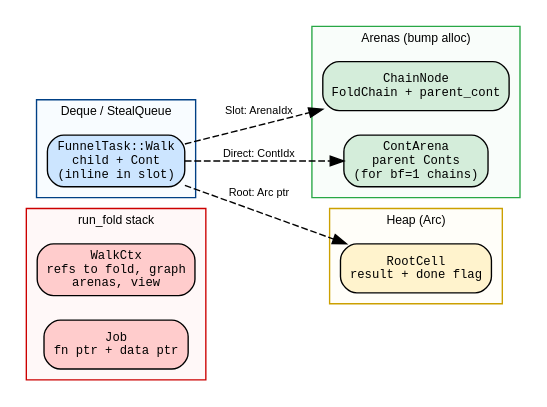
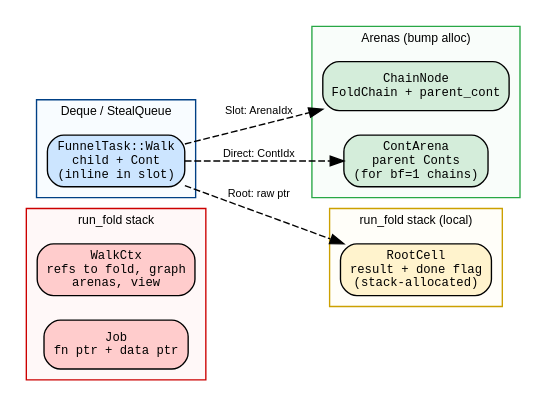
The second of 2 diagrams in book/src/funnel/continuations.md (hylic-recursion/hylic-docs), drawn with Graphviz before and after one commit. The commit also changed other lines of this file and 15 other files, not shown here.

````diff
--- a/book/src/funnel/continuations.md
+++ b/book/src/funnel/continuations.md
@@ -105,37 +112,37 @@
 ```dot process
 digraph {
   rankdir=LR;
   node [shape=box, fontname="monospace", fontsize=9, style="rounded,filled"];
   edge [fontname="sans-serif", fontsize=8];
 
   subgraph cluster_stack {
     label="run_fold stack"; style=filled; fillcolor="#ffcccc22"; color="#cc0000";
     fontname="sans-serif"; fontsize=9;
     wctx [label="WalkCtx\nrefs to fold, graph\narenas, view", fillcolor="#ffcccc"];
     job [label="Job\nfn ptr + data ptr", fillcolor="#ffcccc"];
   }
 
   subgraph cluster_arena {
     label="Arenas (bump alloc)"; style=filled; fillcolor="#d4edda22"; color="#28a745";
     fontname="sans-serif"; fontsize=9;
     cn [label="ChainNode\nFoldChain + parent_cont", fillcolor="#d4edda"];
     ca [label="ContArena\nparent Conts\n(for bf=1 chains)", fillcolor="#d4edda"];
   }
 
   subgraph cluster_deque {
     label="Deque / StealQueue"; style=filled; fillcolor="#cce5ff22"; color="#004085";
     fontname="sans-serif"; fontsize=9;
     task [label="FunnelTask::Walk\nchild + Cont\n(inline in slot)", fillcolor="#cce5ff"];
   }
 
-  subgraph cluster_heap {
-    label="Heap (Arc)"; style=filled; fillcolor="#fff3cd22"; color="#cca000";
+  subgraph cluster_stack2 {
+    label="run_fold stack (local)"; style=filled; fillcolor="#fff3cd22"; color="#cca000";
     fontname="sans-serif"; fontsize=9;
-    root [label="RootCell\nresult + done flag", fillcolor="#fff3cd"];
+    root [label="RootCell\nresult + done flag\n(stack-allocated)", fillcolor="#fff3cd"];
   }
 
   task -> cn [label="Slot: ArenaIdx", style=dashed];
   task -> ca [label="Direct: ContIdx", style=dashed];
-  task -> root [label="Root: Arc ptr", style=dashed];
+  task -> root [label="Root: raw ptr", style=dashed];
 }
 ```
````
